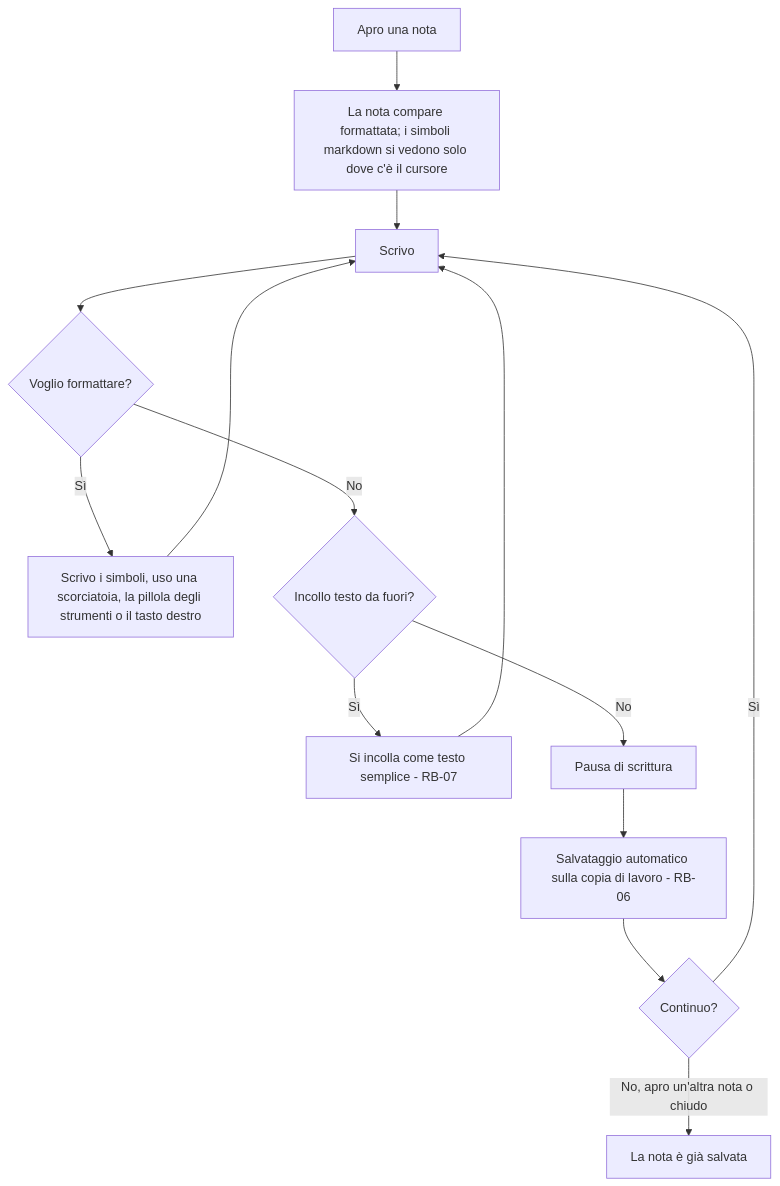
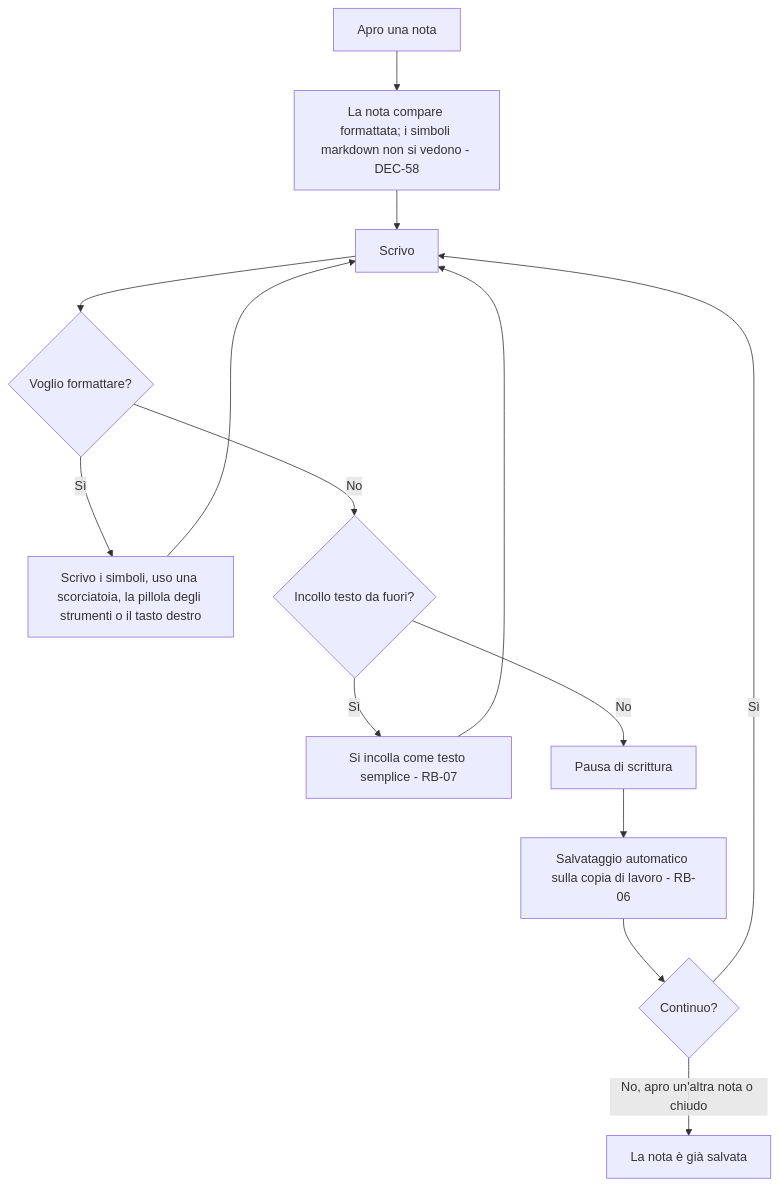
The third of 5 diagrams in docs/moduli/note/2-flussi.md (Helmutsti/MemoDu), drawn with Mermaid before and after one commit. The commit also changed other lines of this file and 40 other files, not shown here.

````diff
--- a/docs/moduli/note/2-flussi.md
+++ b/docs/moduli/note/2-flussi.md
@@ -88,16 +86,16 @@
 ```mermaid
 flowchart TD
-    A[Apro una nota] --> B[La nota compare formattata; i simboli markdown si vedono solo dove c'è il cursore]
+    A[Apro una nota] --> B[La nota compare formattata; i simboli markdown non si vedono - DEC-58]
     B --> C[Scrivo]
     C --> D{Voglio formattare?}
     D -- Sì --> E[Scrivo i simboli, uso una scorciatoia, la pillola degli strumenti o il tasto destro]
     E --> C
     D -- No --> F{Incollo testo da fuori?}
     F -- Sì --> G[Si incolla come testo semplice - RB-07]
     G --> C
     F -- No --> H[Pausa di scrittura]
     H --> I[Salvataggio automatico sulla copia di lavoro - RB-06]
     I --> J{Continuo?}
     J -- Sì --> C
     J -- No, apro un'altra nota o chiudo --> K[La nota è già salvata]
 ```
````
